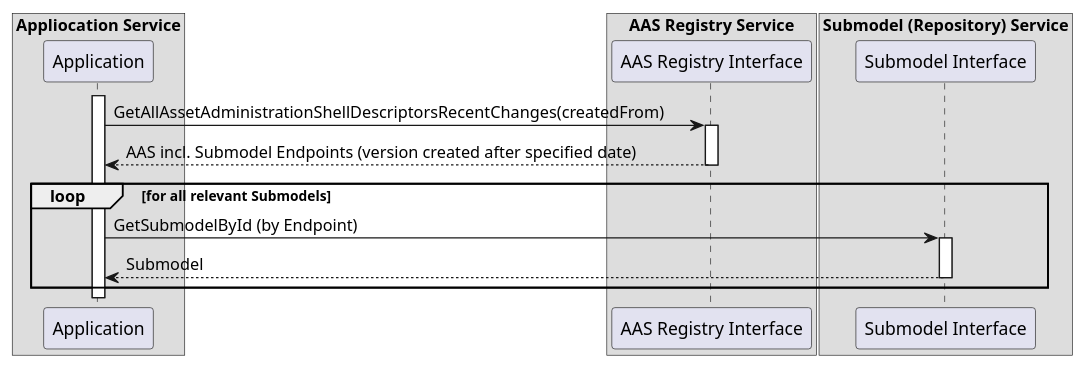
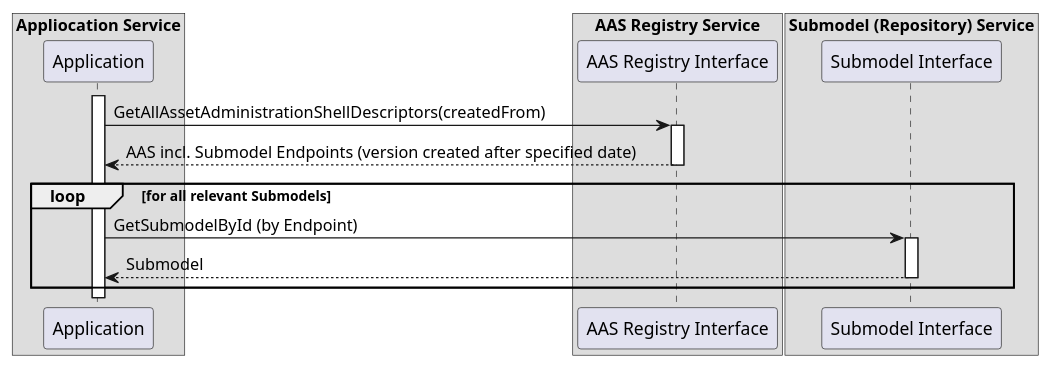
One commit to admin-shell-io/aas-specs-api changed the diagram in documentation/IDTA-01002-3/modules/ROOT/partials/diagrams/seq-registry-recent-changes.puml. Above: the diagram before and after it, drawn with PlantUML. The commit also changed 1 other file, not shown here.

Commit message:
interaction text and .puml updated since no GetAASDescriptorsRecentChanges any longer

```diff
--- a/documentation/IDTA-01002-3/modules/ROOT/partials/diagrams/seq-registry-recent-changes.puml
+++ b/documentation/IDTA-01002-3/modules/ROOT/partials/diagrams/seq-registry-recent-changes.puml
@@ -1,32 +1,32 @@
 @startuml
 
 
 
 box "Appliocation Service"
 participant Client as "Application"
 end box
 
 box "AAS Registry Service"
   participant AASService as "AAS Registry Interface"
 end box
 
 box "Submodel (Repository) Service"
   participant SMService as "Submodel Interface"
 end box
 
 activate Client
-Client -> AASService : GetAllAssetAdministrationShellDescriptorsRecentChanges(createdFrom)
+Client -> AASService : GetAllAssetAdministrationShellDescriptors(createdFrom)
 activate AASService
 Client <-- AASService : AAS incl. Submodel Endpoints (version created after specified date)
 deactivate AASService
 
 
 loop for all relevant Submodels
 Client -> SMService : GetSubmodelById (by Endpoint)
 activate SMService
 Client <-- SMService : Submodel 
 deactivate SMService
 end
 
 
 @enduml
```
